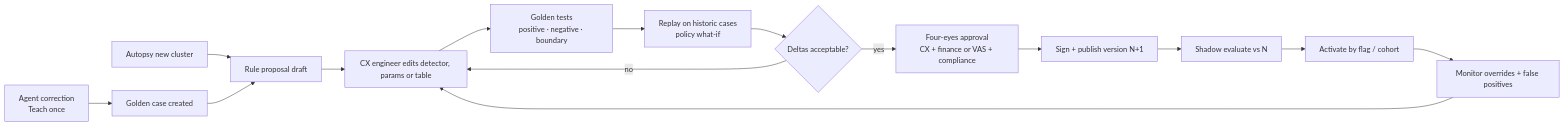
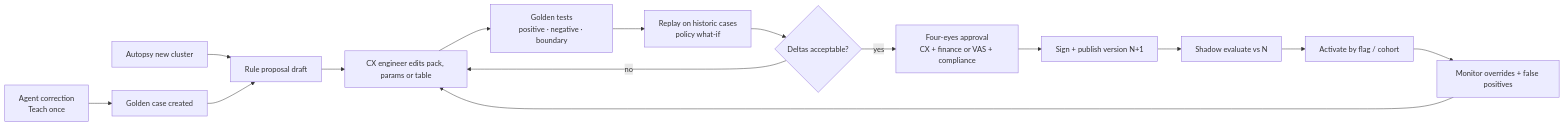
The first of 2 diagrams in docs/enterprise-plan/09-rules-decision-receipts.md (Pasidu-Mihiranga/HutchClarity), drawn with Mermaid before and after one commit. The commit also changed other lines of this file and 567 other files, not shown here.

````diff
--- a/docs/enterprise-plan/09-rules-decision-receipts.md
+++ b/docs/enterprise-plan/09-rules-decision-receipts.md
@@ -92,17 +74,17 @@
 ```mermaid
 flowchart LR
     A["Agent correction<br/>Teach once"] --> B["Golden case created"]
     AU["Autopsy new cluster"] --> C["Rule proposal draft"]
     B --> C
-    C --> D["CX engineer edits detector, params or table"]
+    C --> D["CX engineer edits pack, params or table"]
     D --> E["Golden tests<br/>positive · negative · boundary"]
     E --> F["Replay on historic cases<br/>policy what-if"]
     F --> G{"Deltas acceptable?"}
     G -- no --> D
     G -- yes --> H["Four-eyes approval<br/>CX + finance or VAS + compliance"]
     H --> I["Sign + publish version N+1"]
     I --> J["Shadow evaluate vs N"]
     J --> K["Activate by flag / cohort"]
     K --> L["Monitor overrides + false positives"]
     L --> D
 ```
````
